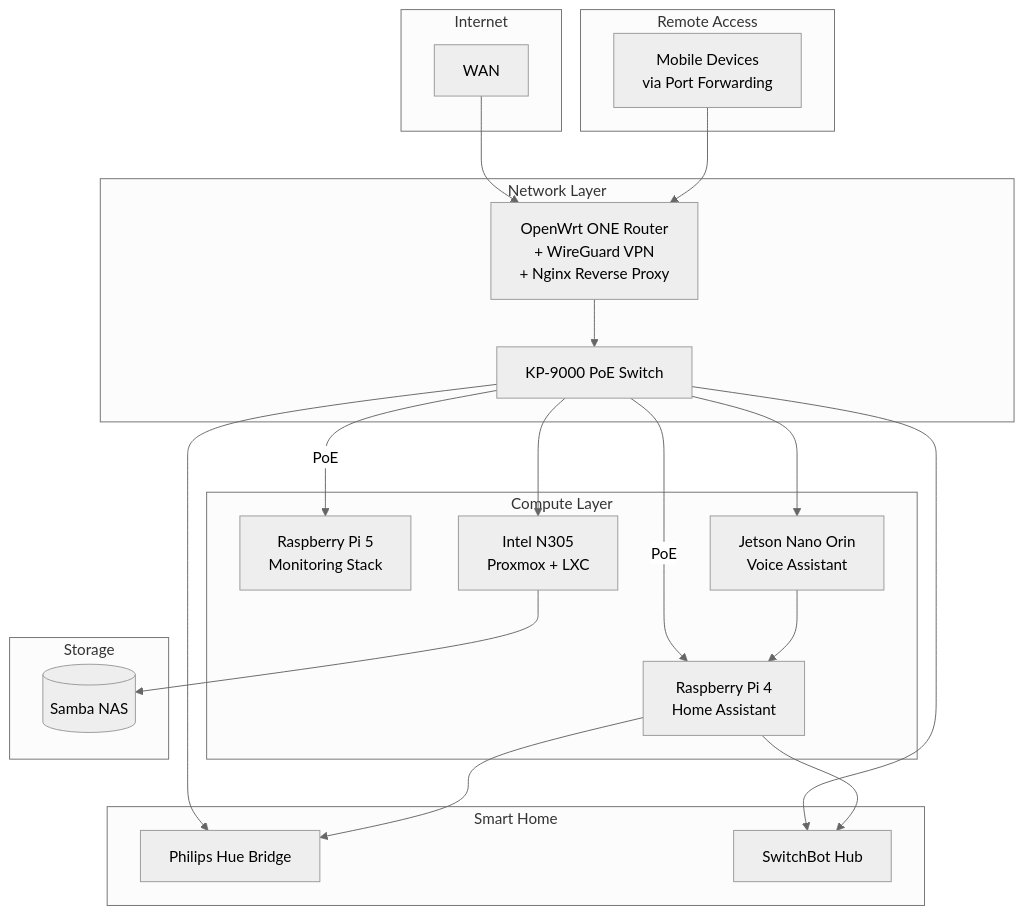
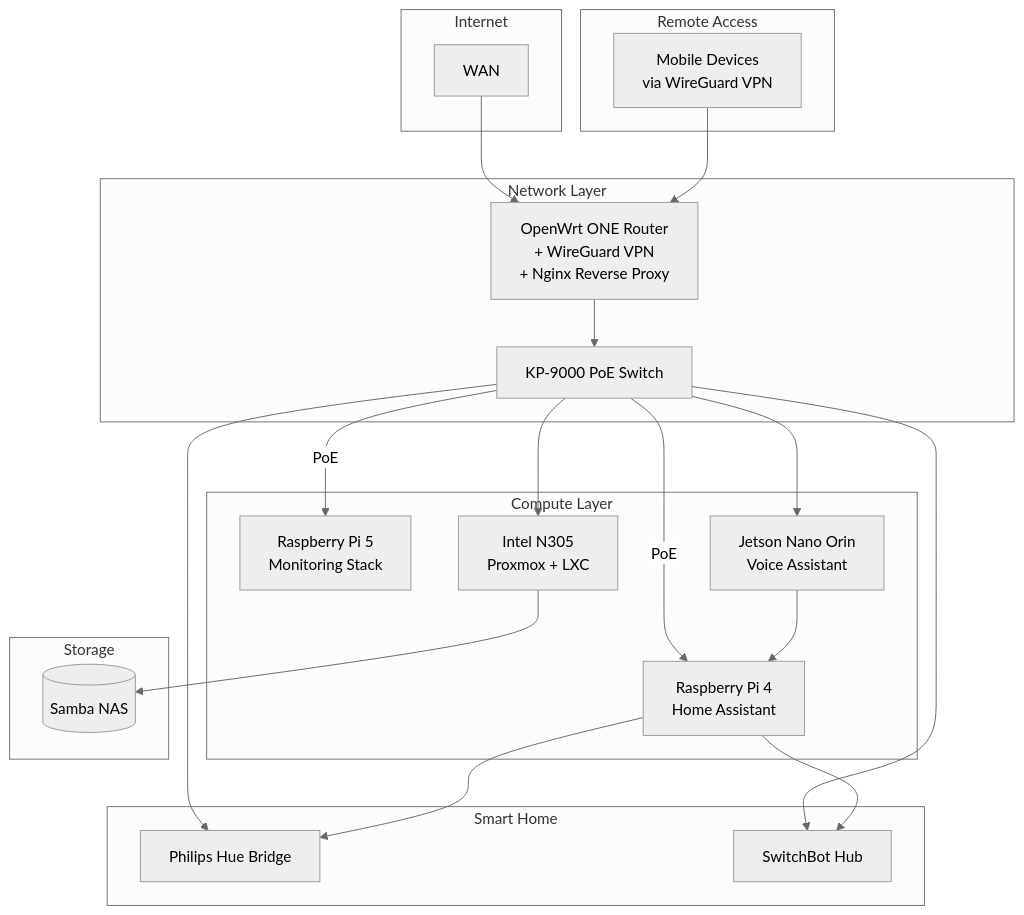
The diagram in content/posts/deskpi-homelab-architecture.md (tsuki-yo/PiBlog), drawn with Mermaid (neutral theme) before and after one commit. The commit also changed 2 other files, not shown here.

Commit message:
Update homelab architecture diagram to show WireGuard VPN access
🤖 Generated with [Claude Code](https://claude.com/claude-code)

````diff
--- a/content/posts/deskpi-homelab-architecture.md
+++ b/content/posts/deskpi-homelab-architecture.md
@@ -43,47 +43,47 @@
 ```mermaid
 graph TB
     subgraph Internet
         WAN[WAN]
     end
 
     subgraph Remote Access
-        Mobile[Mobile Devices<br/>via Port Forwarding]
+        Mobile[Mobile Devices<br/>via WireGuard VPN]
     end
 
     subgraph Network Layer
         Router[OpenWrt ONE Router<br/>+ WireGuard VPN<br/>+ Nginx Reverse Proxy]
         Switch[KP-9000 PoE Switch]
     end
 
     subgraph Compute Layer
         Pi4[Raspberry Pi 4<br/>Home Assistant]
         Pi5[Raspberry Pi 5<br/>Monitoring Stack]
         N305[Intel N305<br/>Proxmox + LXC]
         Jetson[Jetson Nano Orin<br/>Voice Assistant]
     end
 
     subgraph Smart Home
         Hue[Philips Hue Bridge]
         SwitchBot[SwitchBot Hub]
     end
 
     subgraph Storage
         NAS[(Samba NAS)]
     end
 
     WAN --> Router
     Mobile --> Router
     Router --> Switch
     Switch -->|PoE| Pi4
     Switch -->|PoE| Pi5
     Switch --> N305
     Switch --> Jetson
     Switch --> Hue
     Switch --> SwitchBot
 
     N305 --> NAS
 
     Pi4 --> Hue
     Pi4 --> SwitchBot
     Jetson --> Pi4
 ```
````
